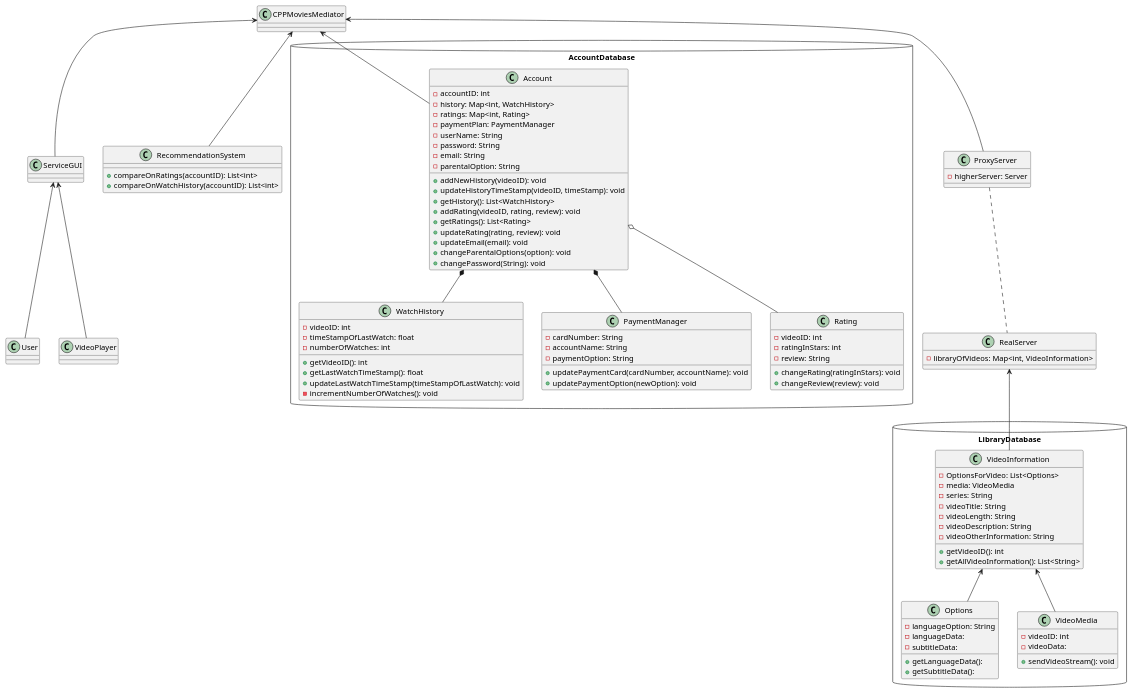
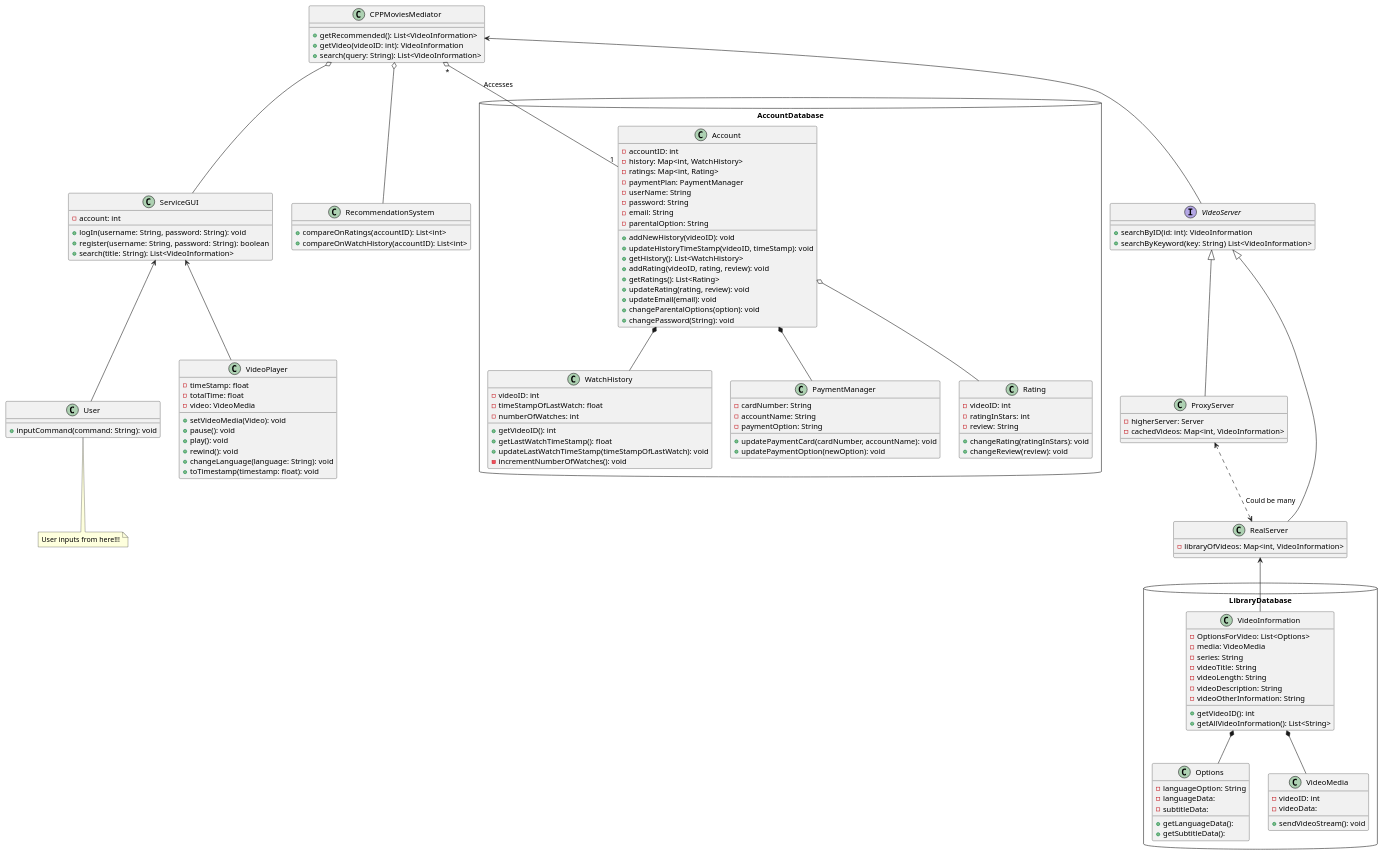
One commit to Lex-ari/CS4800-FoodDelivery changed the diagram in src/UMLs/CPPMovies.puml. Above: the diagram before and after it, drawn with PlantUML.

Commit message:
Final Diagram update

```diff
--- a/src/UMLs/CPPMovies.puml
+++ b/src/UMLs/CPPMovies.puml
@@ -1,150 +1,172 @@
 @startuml
 'https://plantuml.com/class-diagram
 
-class User
+class User {
++ inputCommand(command: String): void
+}
 
 
 package AccountDatabase <<Database>> {
 class WatchHistory
 {
 - videoID: int
 - timeStampOfLastWatch: float
 - numberOfWatches: int
 
 + getVideoID(): int
 + getLastWatchTimeStamp(): float
 + updateLastWatchTimeStamp(timeStampOfLastWatch): void
 - incrementNumberOfWatches(): void
 }
 class PaymentManager
 {
 - cardNumber: String
 - accountName: String
 - paymentOption: String
 
 + updatePaymentCard(cardNumber, accountName): void
 + updatePaymentOption(newOption): void
 }
 class Account
 {
 - accountID: int
 - history: Map<int, WatchHistory>
 - ratings: Map<int, Rating>
 - paymentPlan: PaymentManager
 - userName: String
 - password: String
 - email: String
 - parentalOption: String
 
 + addNewHistory(videoID): void
 + updateHistoryTimeStamp(videoID, timeStamp): void
 + getHistory(): List<WatchHistory>
 + addRating(videoID, rating, review): void
 + getRatings(): List<Rating>
 + updateRating(rating, review): void
 + updateEmail(email): void
 + changeParentalOptions(option): void
 + changePassword(String): void
 }
+
 class Rating
 {
 - videoID: int
 - ratingInStars: int
 - review: String
 
 + changeRating(ratingInStars): void
 + changeReview(review): void
 }
 
 Account *-- PaymentManager
 Account *-- WatchHistory
 Account o-- Rating
 }
 
 
 class ServiceGUI
 {
+- account: int
 
++ logIn(username: String, password: String): void
++ register(username: String, password: String): boolean
++ search(title: String): List<VideoInformation>
 }
 ServiceGUI <-- User
 
 class VideoPlayer
 {
-
+- timeStamp: float
+- totalTime: float
+- video: VideoMedia
++ setVideoMedia(Video): void
++ pause(): void
++ play(): void
++ rewind(): void
++ changeLanguage(language: String): void
++ toTimestamp(timestamp: float): void
 }
 ServiceGUI <-- VideoPlayer
 
 class RecommendationSystem
 {
 + compareOnRatings(accountID): List<int>
 + compareOnWatchHistory(accountID): List<int>
 
 }
+
 class CPPMoviesMediator
 {
-
++getRecommended(): List<VideoInformation>
++getVideo(videoID: int): VideoInformation
++search(query: String): List<VideoInformation>
 }
-CPPMoviesMediator <-- RecommendationSystem
-CPPMoviesMediator <-- ServiceGUI
-CPPMoviesMediator <-- Account
-
-
-
+CPPMoviesMediator o-- RecommendationSystem
+CPPMoviesMediator o-- ServiceGUI
+CPPMoviesMediator"*" o-- "1"Account: Accesses
 
 
 package LibraryDatabase <<Database>> {
 class VideoInformation
 {
 - OptionsForVideo: List<Options>
 - media: VideoMedia
 - series: String
 - videoTitle: String
 - videoLength: String
 - videoDescription: String
 - videoOtherInformation: String
 
 + getVideoID(): int
 + getAllVideoInformation(): List<String>
+}
 
-}
 class Options
 {
 - languageOption: String
 - languageData:
 - subtitleData:
 
 + getLanguageData():
 + getSubtitleData():
 }
 class VideoMedia
 {
 - videoID: int
 - videoData:
 
 + sendVideoStream(): void
 }
 
-VideoInformation <-- Options
-VideoInformation <-- VideoMedia
+VideoInformation *-- Options
+VideoInformation *-- VideoMedia
+}
+
+interface VideoServer {
++ searchByID(id: int): VideoInformation
++ searchByKeyword(key: String) List<VideoInformation>
 }
 
 class RealServer
 {
 - libraryOfVideos: Map<int, VideoInformation>
 }
 class ProxyServer
 {
 - higherServer: Server
-
-
+- cachedVideos: Map<int, VideoInformation>
 }
 
-CPPMoviesMediator <-- ProxyServer
-ProxyServer .. RealServer
+CPPMoviesMediator <-- VideoServer
+VideoServer <|-- ProxyServer
+VideoServer <|-- RealServer
+ProxyServer <..> RealServer: " Could be many"
 
 RealServer <-- VideoInformation
 
-
-
+note bottom of User
+    User inputs from here!!!
+end note
 
 @enduml
```
